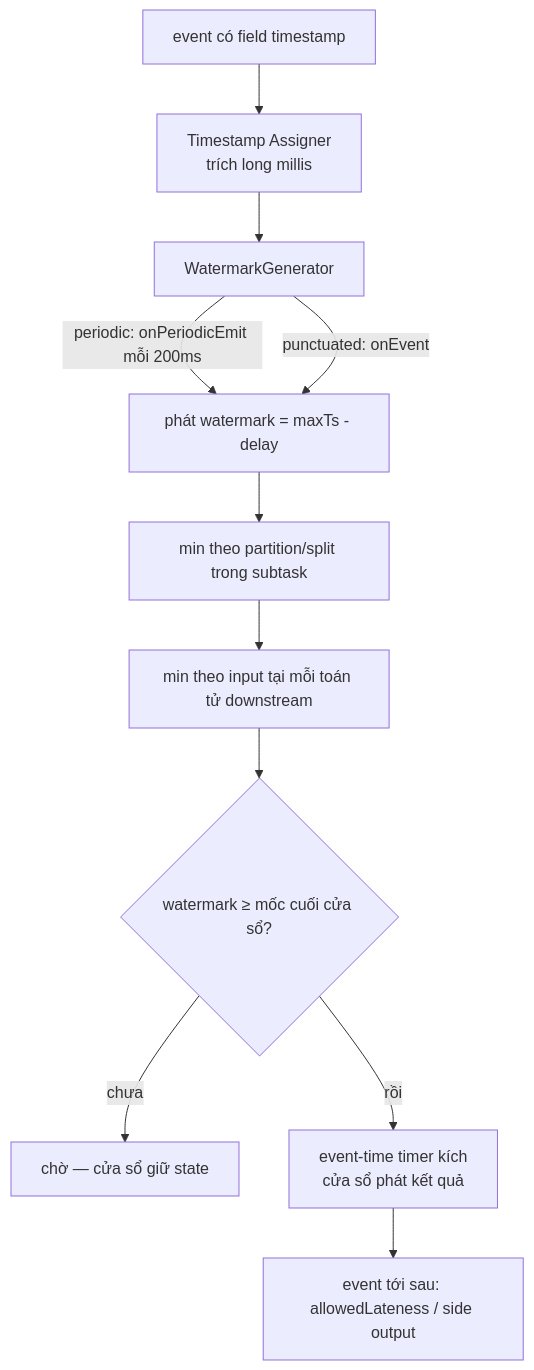
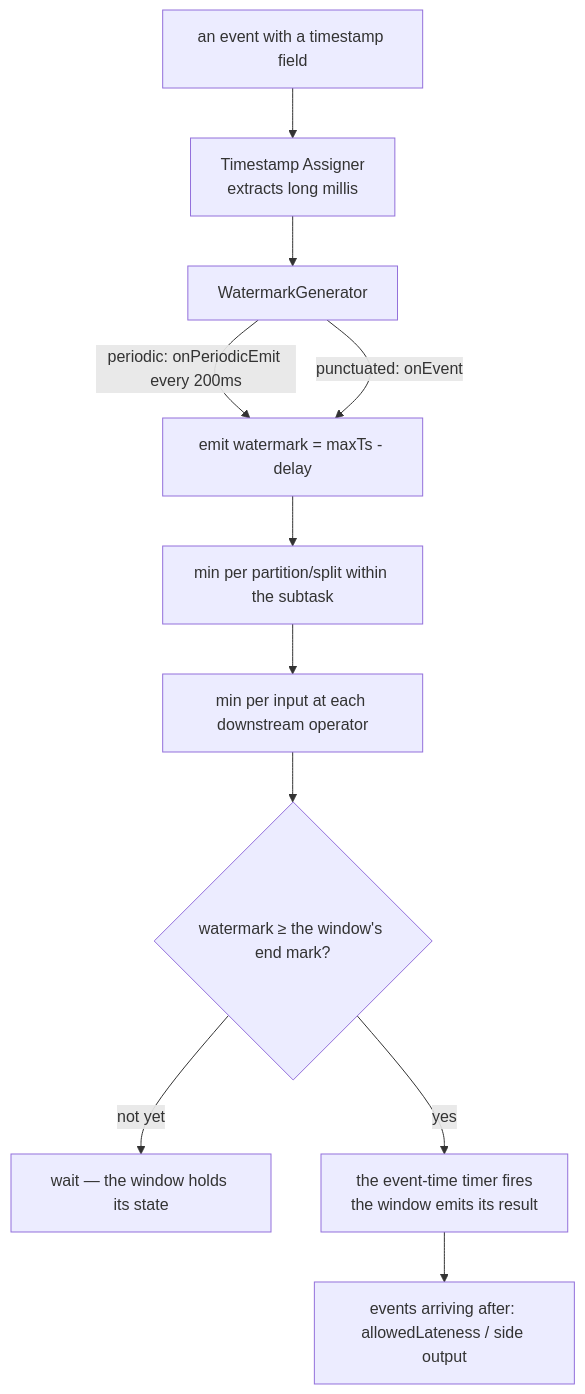
One commit to vuhoang001/knowledge changed the second of 2 diagrams in i18n/en/docusaurus-plugin-content-docs/current/etl/flink/reference/event-time-watermark.md. Above: the diagram before and after it, drawn with Mermaid. The commit also changed other lines of this file and 21 other files, not shown here.

````diff
--- a/i18n/en/docusaurus-plugin-content-docs/current/etl/flink/reference/event-time-watermark.md
+++ b/i18n/en/docusaurus-plugin-content-docs/current/etl/flink/reference/event-time-watermark.md
@@ -314,13 +313,13 @@
 ```mermaid
 flowchart TD
-    E[event có field timestamp] --> TA[Timestamp Assigner<br/>trích long millis]
+    E[an event with a timestamp field] --> TA[Timestamp Assigner<br/>extracts long millis]
     TA --> WG[WatermarkGenerator]
-    WG -->|periodic: onPeriodicEmit mỗi 200ms| WM[phát watermark = maxTs - delay]
+    WG -->|periodic: onPeriodicEmit every 200ms| WM[emit watermark = maxTs - delay]
     WG -->|punctuated: onEvent| WM
-    WM --> PART[min theo partition/split trong subtask]
-    PART --> OP[min theo input tại mỗi toán tử downstream]
-    OP --> TIMER{watermark ≥ mốc cuối cửa sổ?}
-    TIMER -->|chưa| WAIT[chờ — cửa sổ giữ state]
-    TIMER -->|rồi| FIRE[event-time timer kích<br/>cửa sổ phát kết quả]
-    FIRE --> LATE[event tới sau: allowedLateness / side output]
+    WM --> PART[min per partition/split within the subtask]
+    PART --> OP[min per input at each downstream operator]
+    OP --> TIMER{watermark ≥ the window's end mark?}
+    TIMER -->|not yet| WAIT[wait — the window holds its state]
+    TIMER -->|yes| FIRE[the event-time timer fires<br/>the window emits its result]
+    FIRE --> LATE[events arriving after: allowedLateness / side output]
 ```
````
